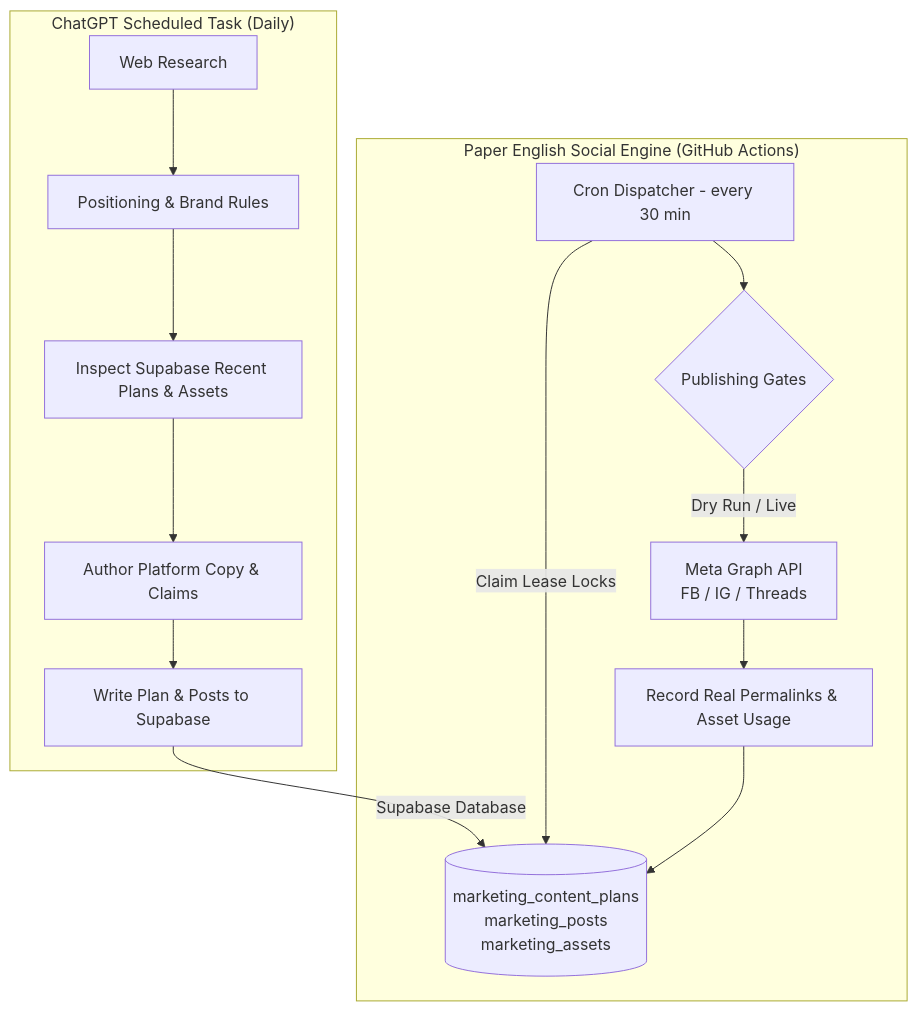
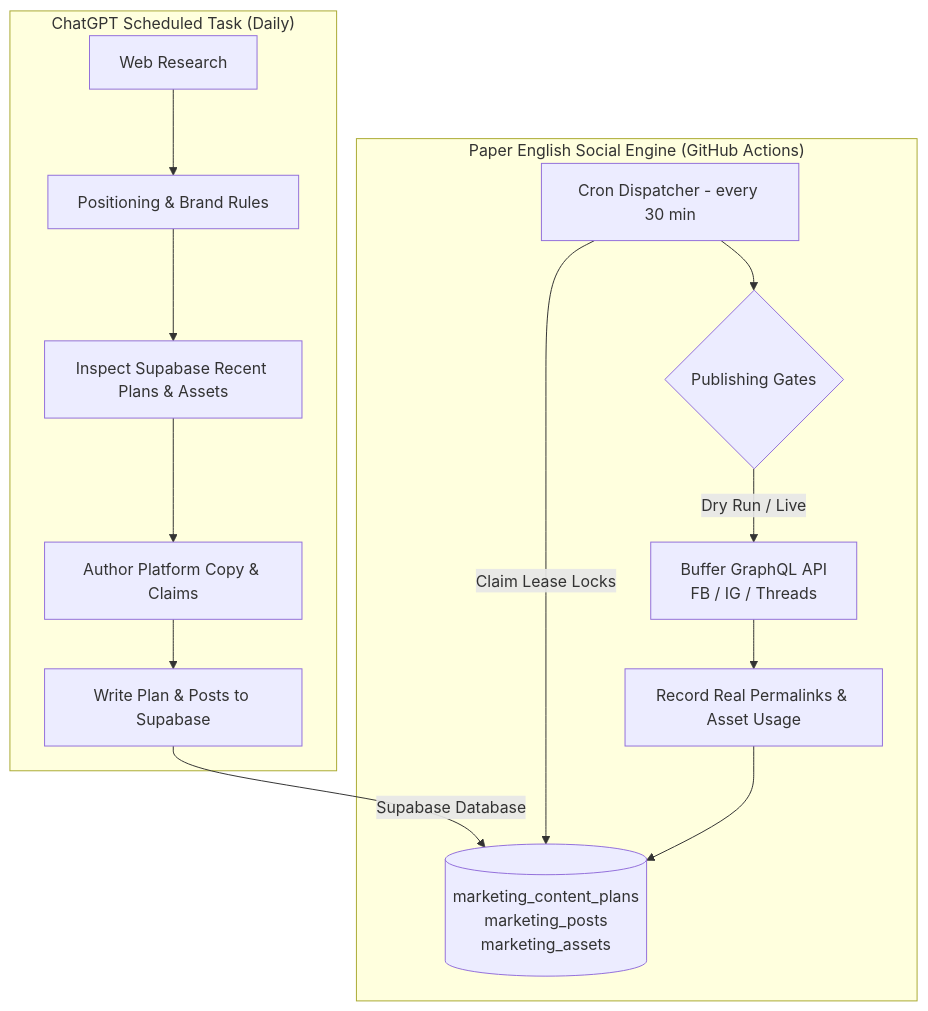
Before and after one commit to egger-meow/eng-poster: the diagram in docs/SCHEDULER_SETUP.md, drawn with Mermaid. The commit also changed other lines of this file and 4 other files, not shown here.

````diff
--- a/docs/SCHEDULER_SETUP.md
+++ b/docs/SCHEDULER_SETUP.md
@@ -9,18 +9,18 @@
 ```mermaid
 flowchart TD
   subgraph Brain ["ChatGPT Scheduled Task (Daily)"]
     A[Web Research] --> B[Positioning & Brand Rules]
     B --> C[Inspect Supabase Recent Plans & Assets]
     C --> D[Author Platform Copy & Claims]
     D --> E[Write Plan & Posts to Supabase]
   end
 
   subgraph Engine ["Paper English Social Engine (GitHub Actions)"]
     E -->|Supabase Database| F[(marketing_content_plans\nmarketing_posts\nmarketing_assets)]
     G[Cron Dispatcher - every 30 min] -->|Claim Lease Locks| F
     G --> H{Publishing Gates}
-    H -->|Dry Run / Live| I[Meta Graph API\nFB / IG / Threads]
+    H -->|Dry Run / Live| I[Buffer GraphQL API\nFB / IG / Threads]
     I --> J[Record Real Permalinks & Asset Usage]
     J --> F
   end
 ```
````
